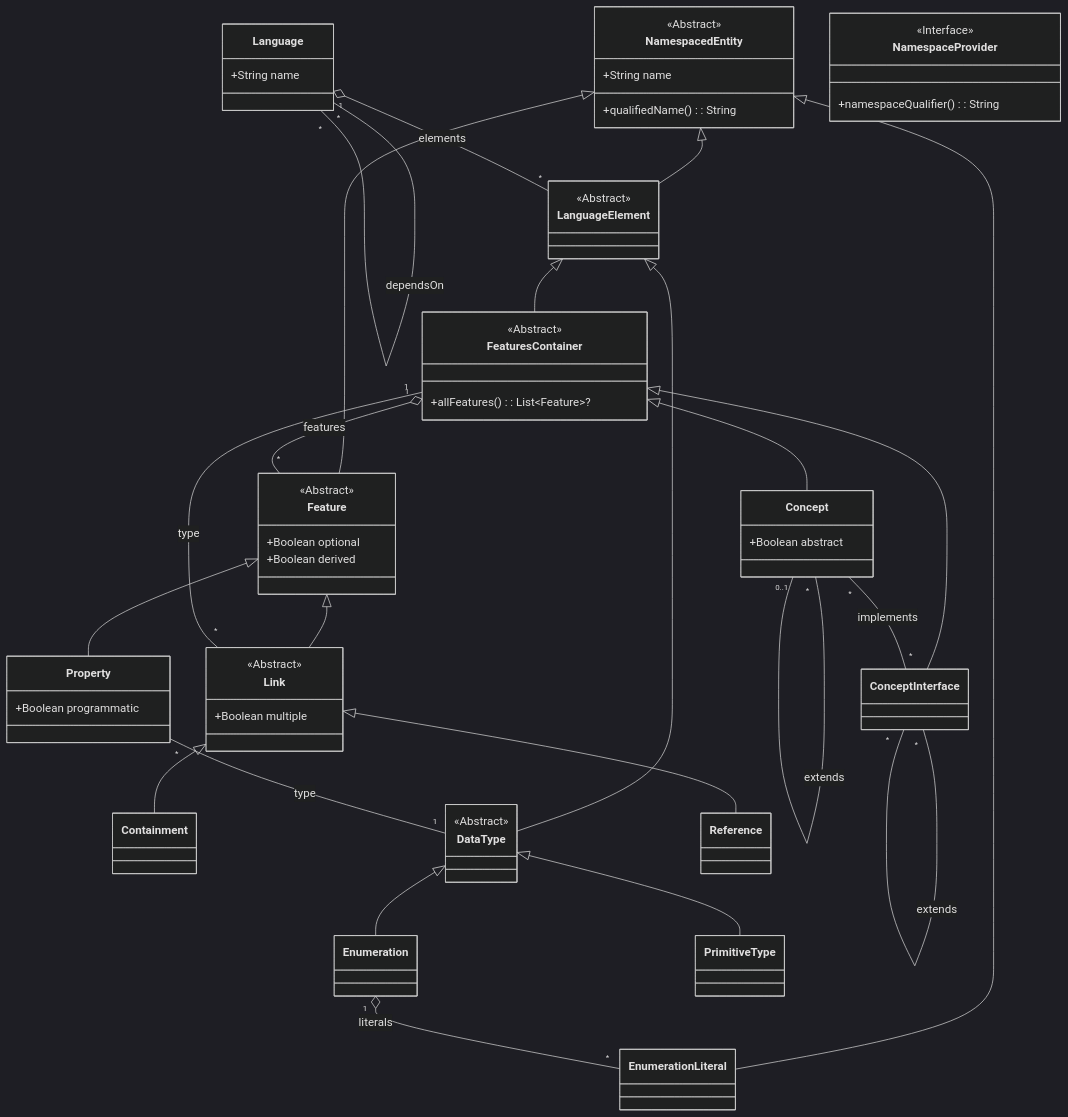
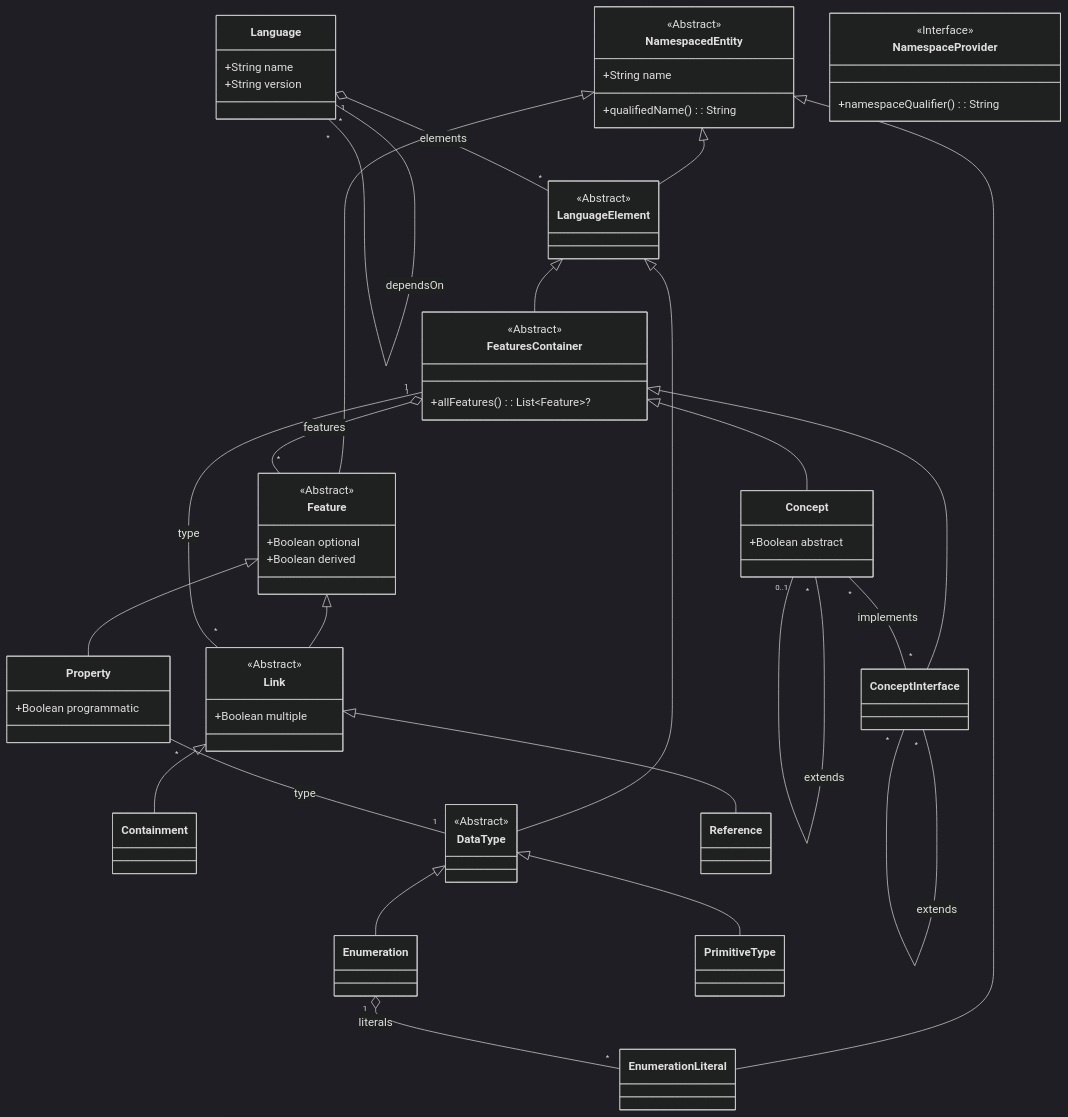
The diagram in diagrams/metametamodel-gen.md (LionWeb-io/lionweb-typescript), drawn with Mermaid (dark theme) before and after one commit. The commit also changed 14 other files, not shown here.

```diff
--- a/diagrams/metametamodel-gen.md
+++ b/diagrams/metametamodel-gen.md
@@ -37,6 +37,7 @@
 
   class Language {
     +String name
+    +String version
   }
 
   class LanguageElement
```
